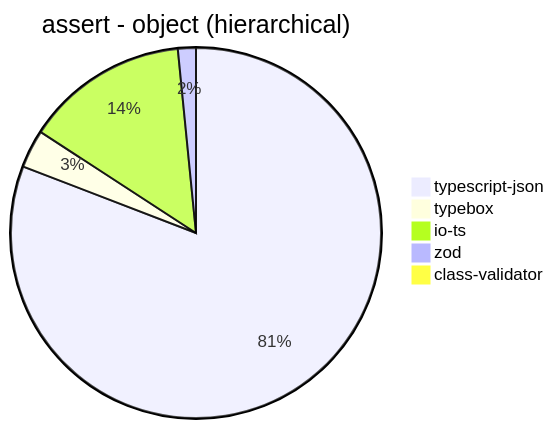
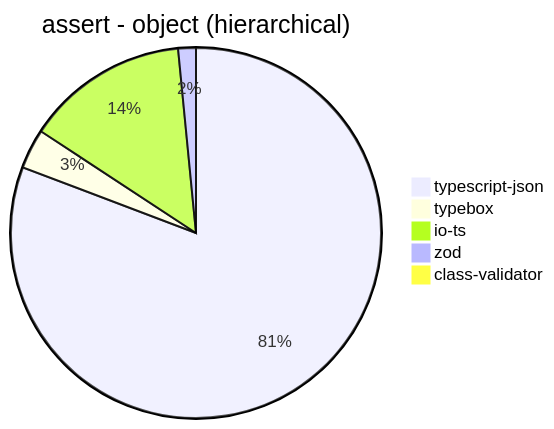
One commit to samchon/typia changed the ninth of 39 diagrams in benchmark/results/11th Gen Intel(R) Core(TM) i5-1135G7 @ 2.40GHz.md. Above: the diagram before and after it, drawn with Mermaid. The commit also changed other lines of this file and 177 other files, not shown here.

````diff
--- a/benchmark/results/11th Gen Intel(R) Core(TM) i5-1135G7 @ 2.40GHz.md
+++ b/benchmark/results/11th Gen Intel(R) Core(TM) i5-1135G7 @ 2.40GHz.md
@@ -126,8 +126,8 @@
 ```mermaid
 pie title assert - object (hierarchical)
-  "typescript-json": 21204.397981254508
-  "typebox": 874.0430185927817
-  "io-ts": 3738.760407030527
-  "zod": 411.9200301772916
-  "class-validator": 63.348416289592755
+  "typescript-json": 20567.39926739927
+  "typebox": 885.4494902687675
+  "io-ts": 3619.4043486205005
+  "zod": 393.910741301059
+  "class-validator": 61.81095246701608
 ```
````
